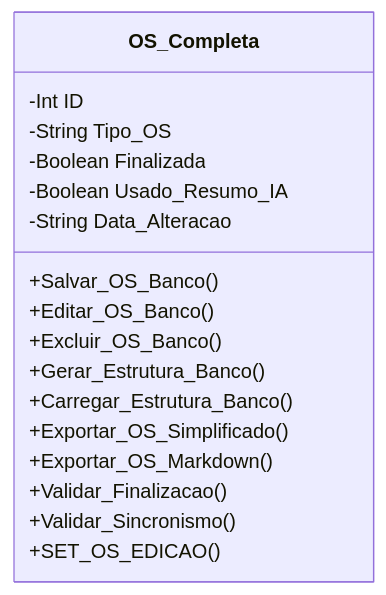
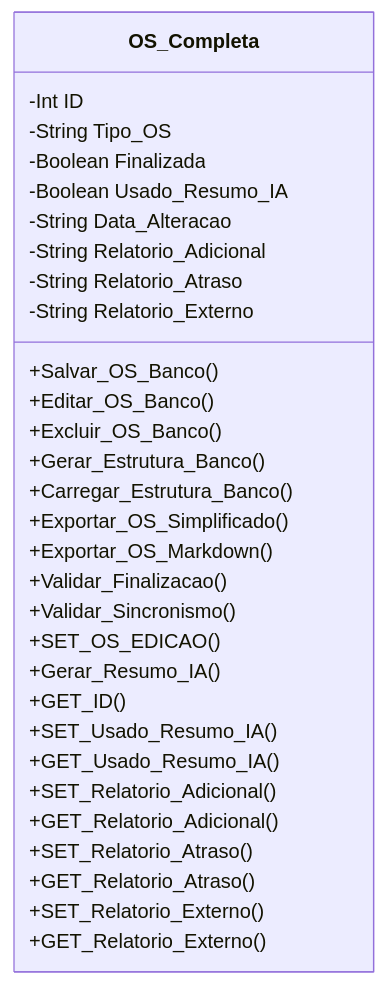
One commit to ETECC-Telecom/ValtObsidian-Script-Moto changed the diagram in DOCUMENTOS/Classe - Ordem de Serviço Completa.md. Above: the diagram before and after it, drawn with Mermaid. The commit also changed other lines of this file and 4 other files, not shown here.

````diff
--- a/DOCUMENTOS/Classe - Ordem de Serviço Completa.md
+++ b/DOCUMENTOS/Classe - Ordem de Serviço Completa.md
@@ -42,23 +47,37 @@
 ```mermaid
 classDiagram
 
     class OS_Completa{
 		-Int ID
 		-String Tipo_OS
 		-Boolean Finalizada
 		-Boolean Usado_Resumo_IA
 		-String Data_Alteracao
+		-String Relatorio_Adicional
+		-String Relatorio_Atraso
+		-String Relatorio_Externo
       
 	    +Salvar_OS_Banco()
 		+Editar_OS_Banco()
 		+Excluir_OS_Banco()
 		+Gerar_Estrutura_Banco()
 		+Carregar_Estrutura_Banco()
 		+Exportar_OS_Simplificado()
 		+Exportar_OS_Markdown()
 		+Validar_Finalizacao()
 		+Validar_Sincronismo()
 		
 		+SET_OS_EDICAO()
+		+Gerar_Resumo_IA()
+		
+		+GET_ID()
+		+SET_Usado_Resumo_IA()
+		+GET_Usado_Resumo_IA()
+		+SET_Relatorio_Adicional()
+		+GET_Relatorio_Adicional()
+		+SET_Relatorio_Atraso()
+		+GET_Relatorio_Atraso()
+		+SET_Relatorio_Externo()
+		+GET_Relatorio_Externo()
     }
 ```
````
